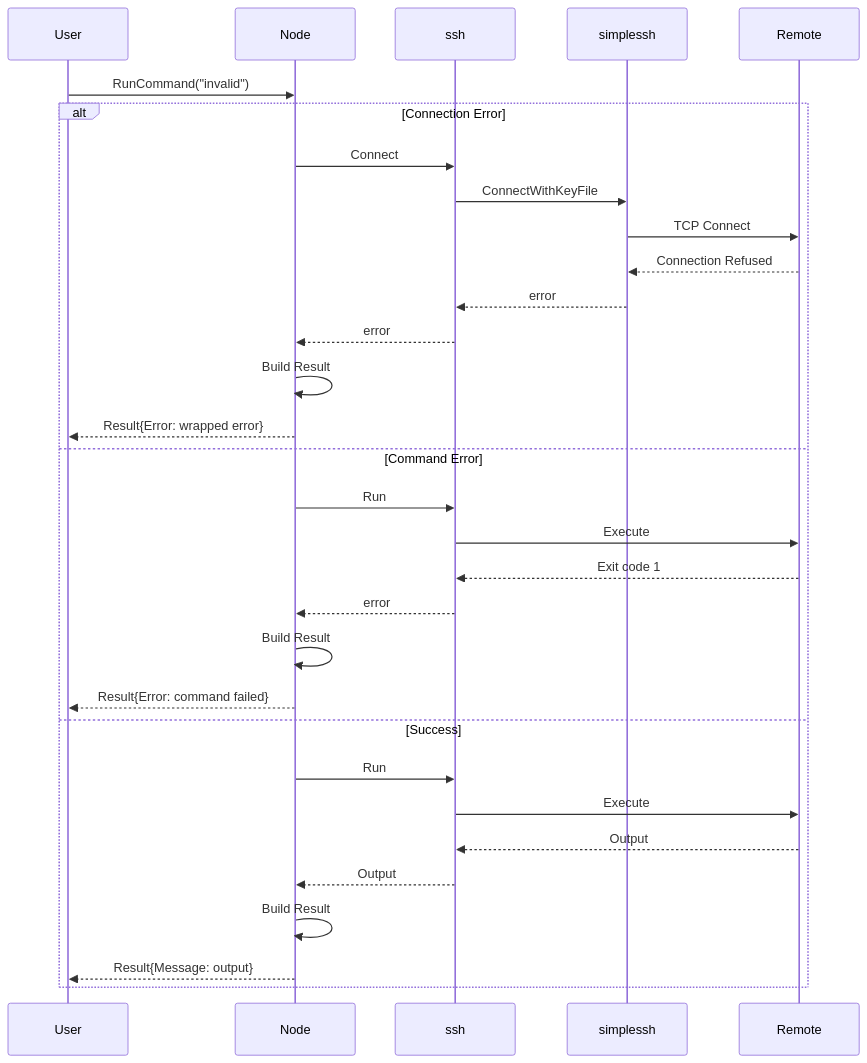
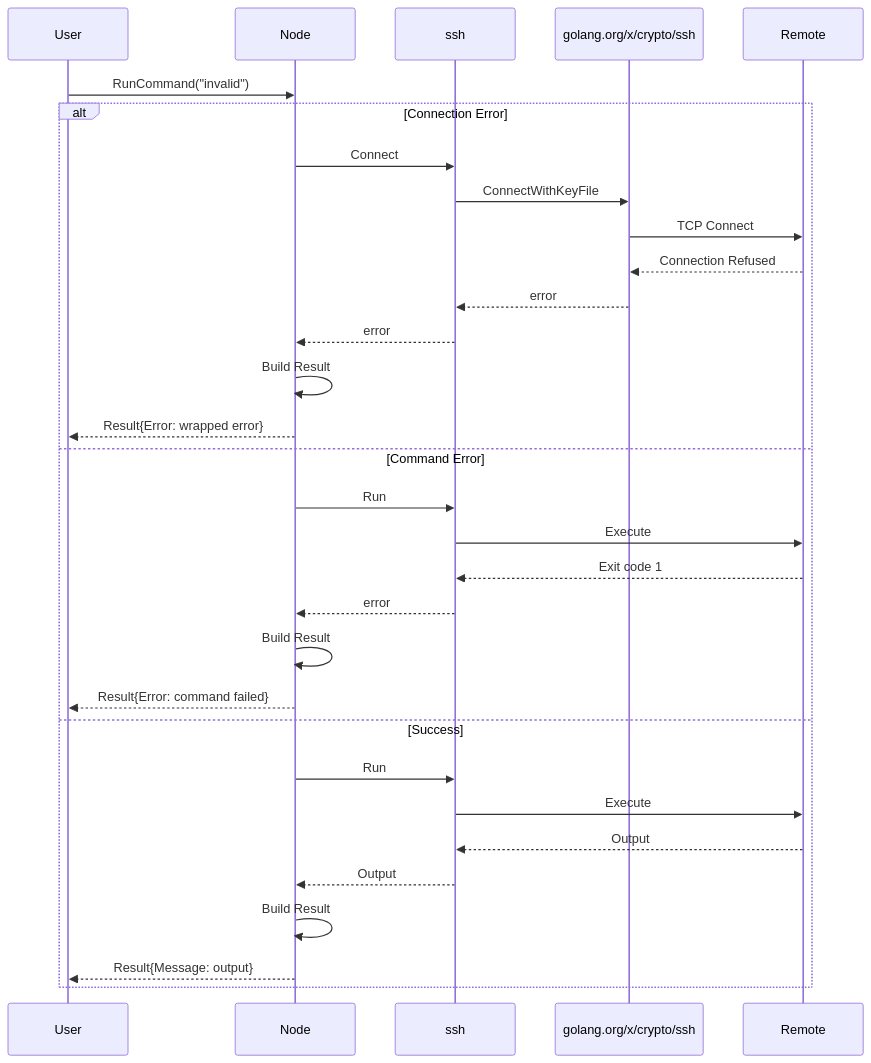
One commit to dracory/ork changed diagram 14 of 14 in docs/livewiki/data_flow.md. Above: the diagram before and after it, drawn with Mermaid. The commit also changed other lines of this file and 9 other files, not shown here.

Commit message:
refactor: replace simplessh with golang.org/x/crypto/ssh for direct SSH implementation with custom algorithm support and known_hosts validation

````diff
--- a/docs/livewiki/data_flow.md
+++ b/docs/livewiki/data_flow.md
@@ -395,29 +395,29 @@
 ```mermaid
 sequenceDiagram
     User->>Node: RunCommand("invalid")
     
     alt Connection Error
         Node->>ssh: Connect
-        ssh->>simplessh: ConnectWithKeyFile
-        simplessh->>Remote: TCP Connect
-        Remote-->>simplessh: Connection Refused
-        simplessh-->>ssh: error
+        ssh->>golang.org/x/crypto/ssh: ConnectWithKeyFile
+        golang.org/x/crypto/ssh->>Remote: TCP Connect
+        Remote-->>golang.org/x/crypto/ssh: Connection Refused
+        golang.org/x/crypto/ssh-->>ssh: error
         ssh-->>Node: error
         Node->>Node: Build Result
         Node-->>User: Result{Error: wrapped error}
     else Command Error
         Node->>ssh: Run
         ssh->>Remote: Execute
         Remote-->>ssh: Exit code 1
         ssh-->>Node: error
         Node->>Node: Build Result
         Node-->>User: Result{Error: command failed}
     else Success
         Node->>ssh: Run
         ssh->>Remote: Execute
         Remote-->>ssh: Output
         ssh-->>Node: Output
         Node->>Node: Build Result
         Node-->>User: Result{Message: output}
     end
 ```
````
